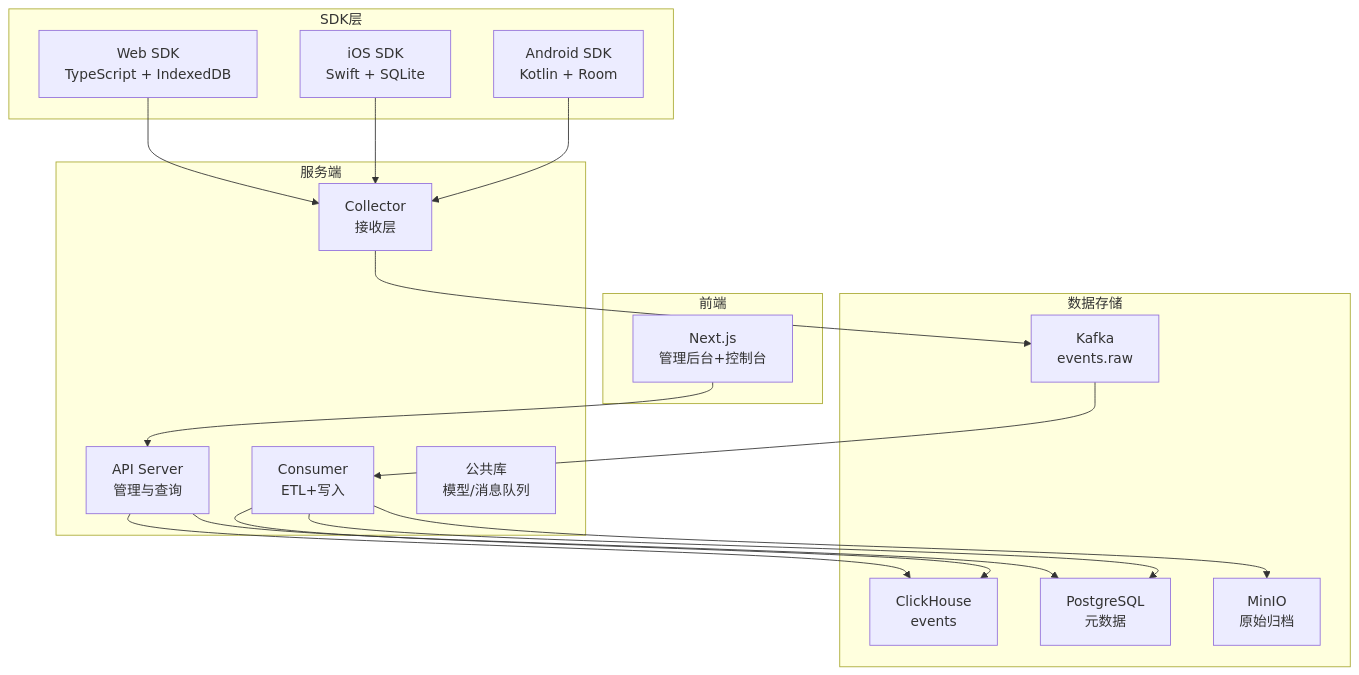
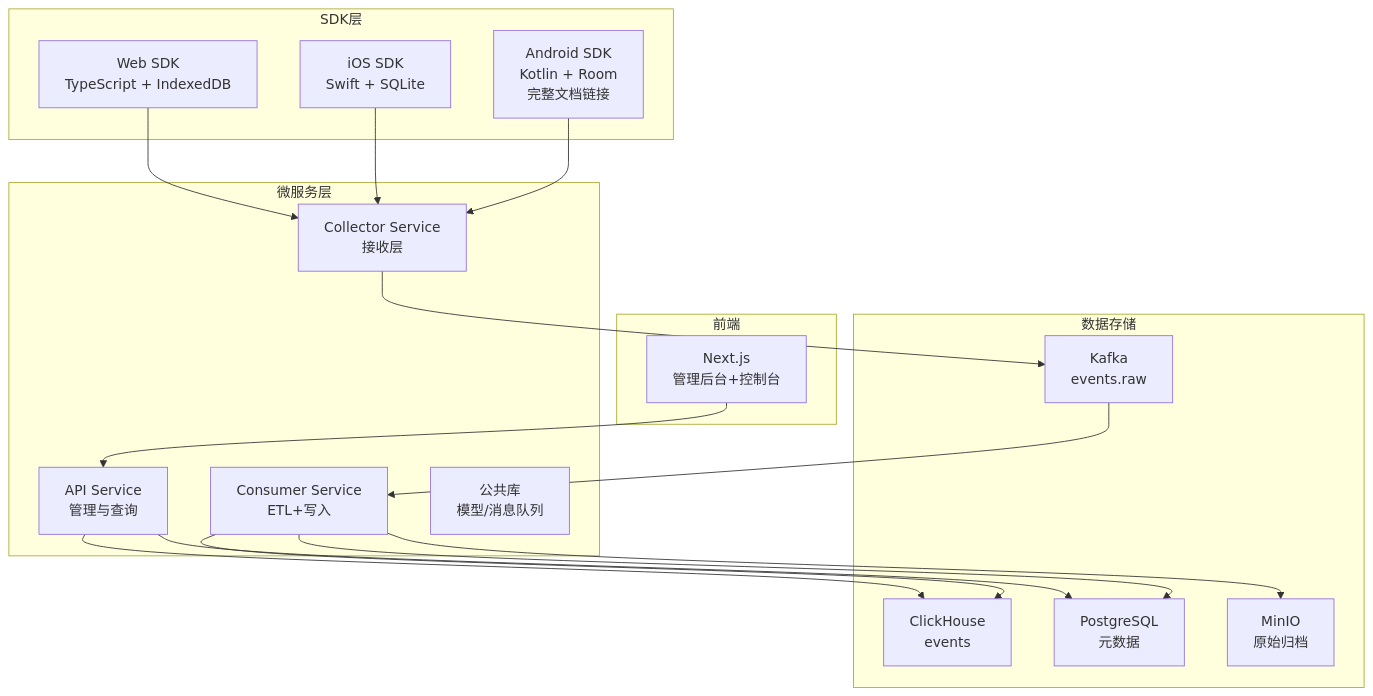
One commit to zhen-zhong/AeroLog changed the first of 11 diagrams in .qoder/repowiki/zh/content/项目概述/项目概述.md. Above: the diagram before and after it, drawn with Mermaid. The commit also changed other lines of this file and 105 other files, not shown here.

````diff
--- a/.qoder/repowiki/zh/content/项目概述/项目概述.md
+++ b/.qoder/repowiki/zh/content/项目概述/项目概述.md
@@ -44,34 +53,34 @@
 ```mermaid
 graph TB
 subgraph "SDK层"
-ANDR["Android SDK<br/>Kotlin + Room"]
+ANDR["Android SDK<br/>Kotlin + Room<br/>完整文档链接"]
 IOS["iOS SDK<br/>Swift + SQLite"]
 WEB["Web SDK<br/>TypeScript + IndexedDB"]
 end
-subgraph "服务端"
-COL["Collector<br/>接收层"]
-CON["Consumer<br/>ETL+写入"]
-API["API Server<br/>管理与查询"]
+subgraph "微服务层"
+COL["Collector Service<br/>接收层"]
+CON["Consumer Service<br/>ETL+写入"]
+API["API Service<br/>管理与查询"]
 PKG["公共库<br/>模型/消息队列"]
 end
 subgraph "数据存储"
 KAFKA["Kafka<br/>events.raw"]
 CH["ClickHouse<br/>events"]
 PG["PostgreSQL<br/>元数据"]
 MINIO["MinIO<br/>原始归档"]
 end
 subgraph "前端"
 NEXT["Next.js<br/>管理后台+控制台"]
 end
 ANDR --> COL
 IOS --> COL
 WEB --> COL
 COL --> KAFKA
 KAFKA --> CON
 CON --> CH
 CON --> PG
 CON --> MINIO
 API --> PG
 API --> CH
 NEXT --> API
 ```
````
